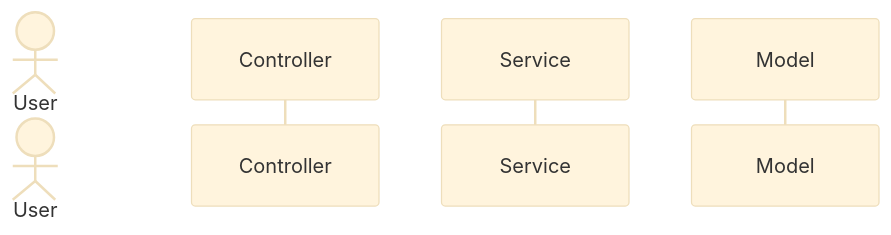
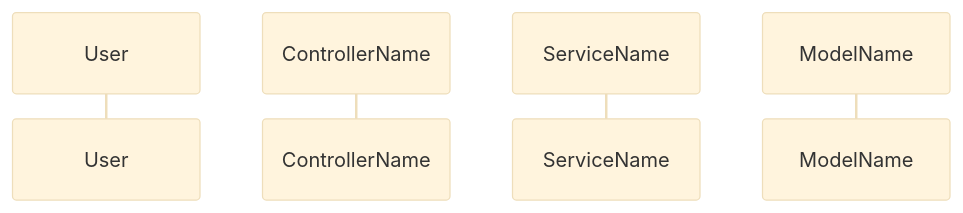
The third of 3 diagrams in .claude/skills/design/SKILL.md (miyaRY777/hobby-matching-app), drawn with Mermaid (base theme) before and after one commit. The commit also changed other lines of this file, not shown here.

````diff
--- a/.claude/skills/design/SKILL.md
+++ b/.claude/skills/design/SKILL.md
@@ -126,7 +151,7 @@
 ```mermaid
 sequenceDiagram
-  actor User
-  participant Controller
-  participant Service
-  participant Model
+    participant U as User
+    participant C as ControllerName
+    participant S as ServiceName
+    participant M as ModelName
 ```
````
